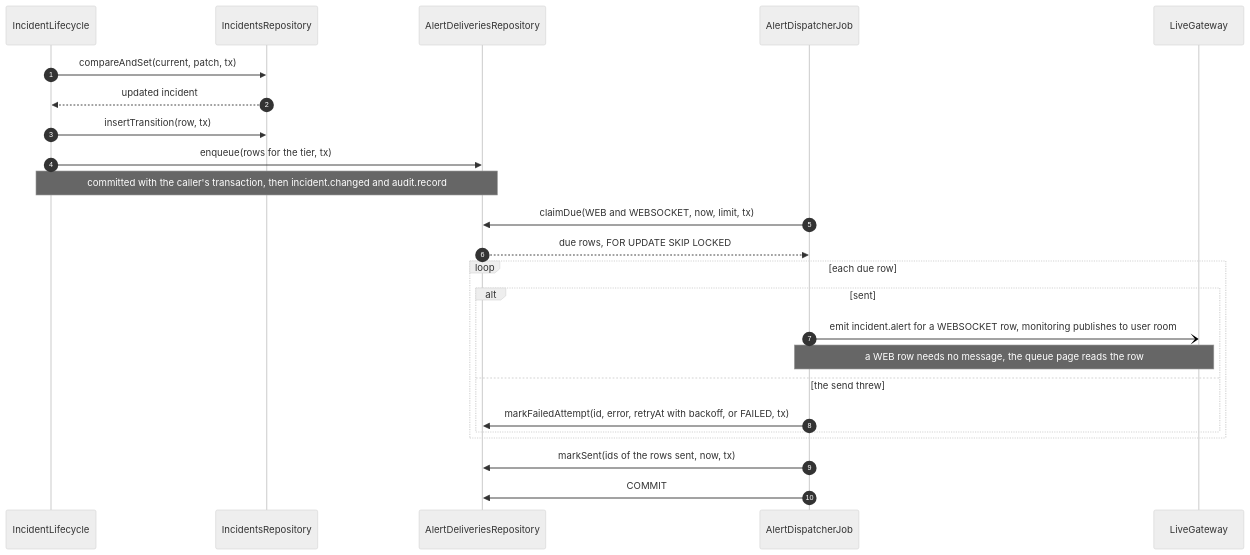
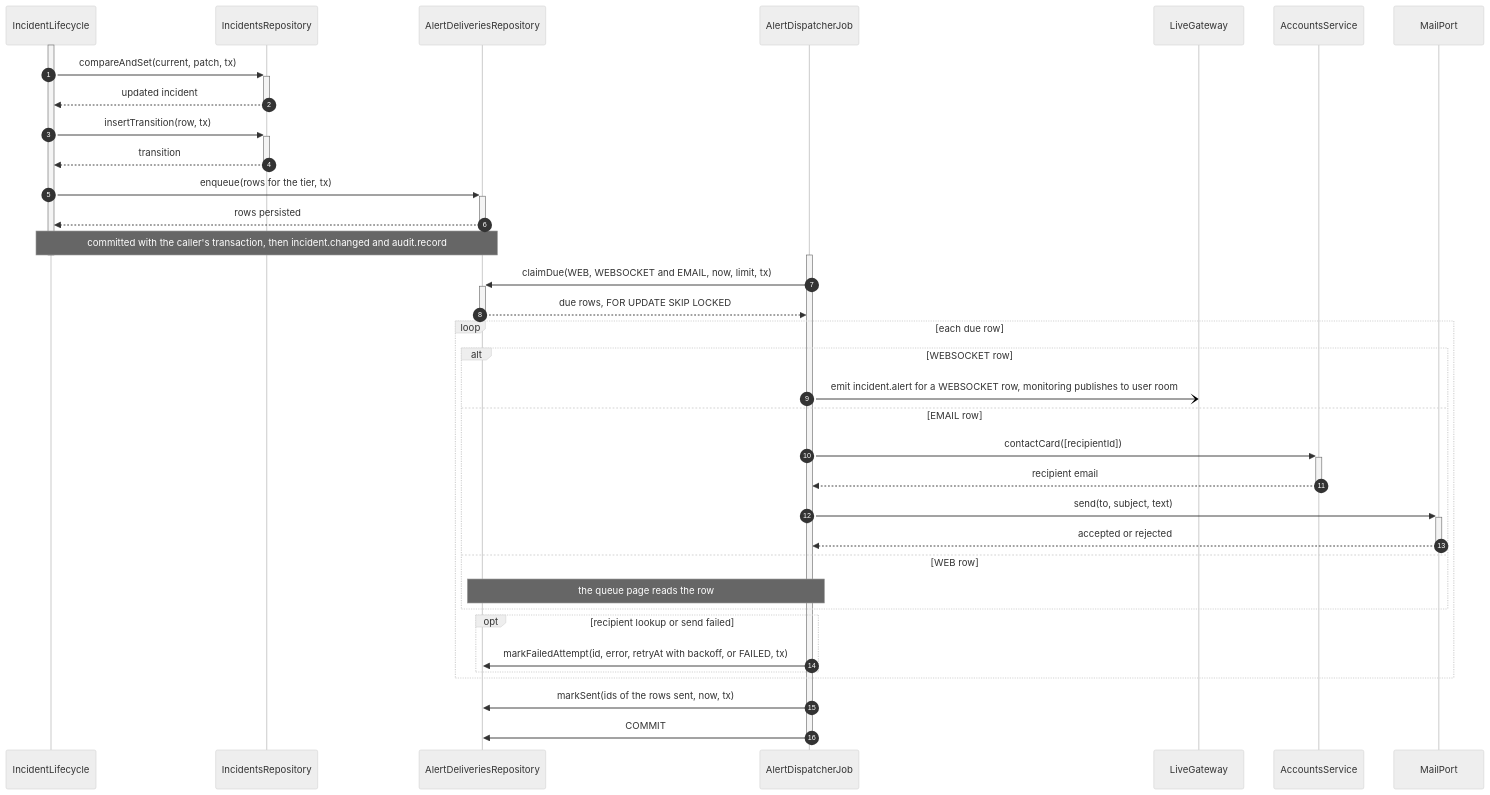
Before and after one commit to TrekLink-Team/treklink-web: the sixth of 10 diagrams in specs/incidents/design.md, drawn with Mermaid (neutral theme). The commit also changed other lines of this file and 7 other files, not shown here.

First line of the commit message:
feat(TK-143): dispatch incident email alerts

````diff
--- a/specs/incidents/design.md
+++ b/specs/incidents/design.md
@@ -425,26 +433,41 @@
 ```mermaid
 sequenceDiagram
     autonumber
     participant L as IncidentLifecycle
     participant R as IncidentsRepository
     participant Ob as AlertDeliveriesRepository
     participant Dp as AlertDispatcherJob
     participant W as LiveGateway
-    L->>R: compareAndSet(current, patch, tx)
-    R-->>L: updated incident
-    L->>R: insertTransition(row, tx)
-    L->>Ob: enqueue(rows for the tier, tx)
+    participant A as AccountsService
+    participant M as MailPort
+    activate L
+    L->>+R: compareAndSet(current, patch, tx)
+    R-->>-L: updated incident
+    L->>+R: insertTransition(row, tx)
+    R-->>-L: transition
+    L->>+Ob: enqueue(rows for the tier, tx)
+    Ob-->>-L: rows persisted
     Note over L,Ob: committed with the caller's transaction, then incident.changed and audit.record
-    Dp->>Ob: claimDue(WEB and WEBSOCKET, now, limit, tx)
-    Ob-->>Dp: due rows, FOR UPDATE SKIP LOCKED
+    deactivate L
+    activate Dp
+    Dp->>+Ob: claimDue(WEB, WEBSOCKET and EMAIL, now, limit, tx)
+    Ob-->>-Dp: due rows, FOR UPDATE SKIP LOCKED
     loop each due row
-        alt sent
+        alt WEBSOCKET row
             Dp-)W: emit incident.alert for a WEBSOCKET row, monitoring publishes to user room
-            Note over Dp,W: a WEB row needs no message, the queue page reads the row
-        else the send threw
+        else EMAIL row
+            Dp->>+A: contactCard([recipientId])
+            A-->>-Dp: recipient email
+            Dp->>+M: send(to, subject, text)
+            M-->>-Dp: accepted or rejected
+        else WEB row
+            Note over Dp,Ob: the queue page reads the row
+        end
+        opt recipient lookup or send failed
             Dp->>Ob: markFailedAttempt(id, error, retryAt with backoff, or FAILED, tx)
         end
     end
     Dp->>Ob: markSent(ids of the rows sent, now, tx)
     Dp->>Ob: COMMIT
+    deactivate Dp
 ```
````
